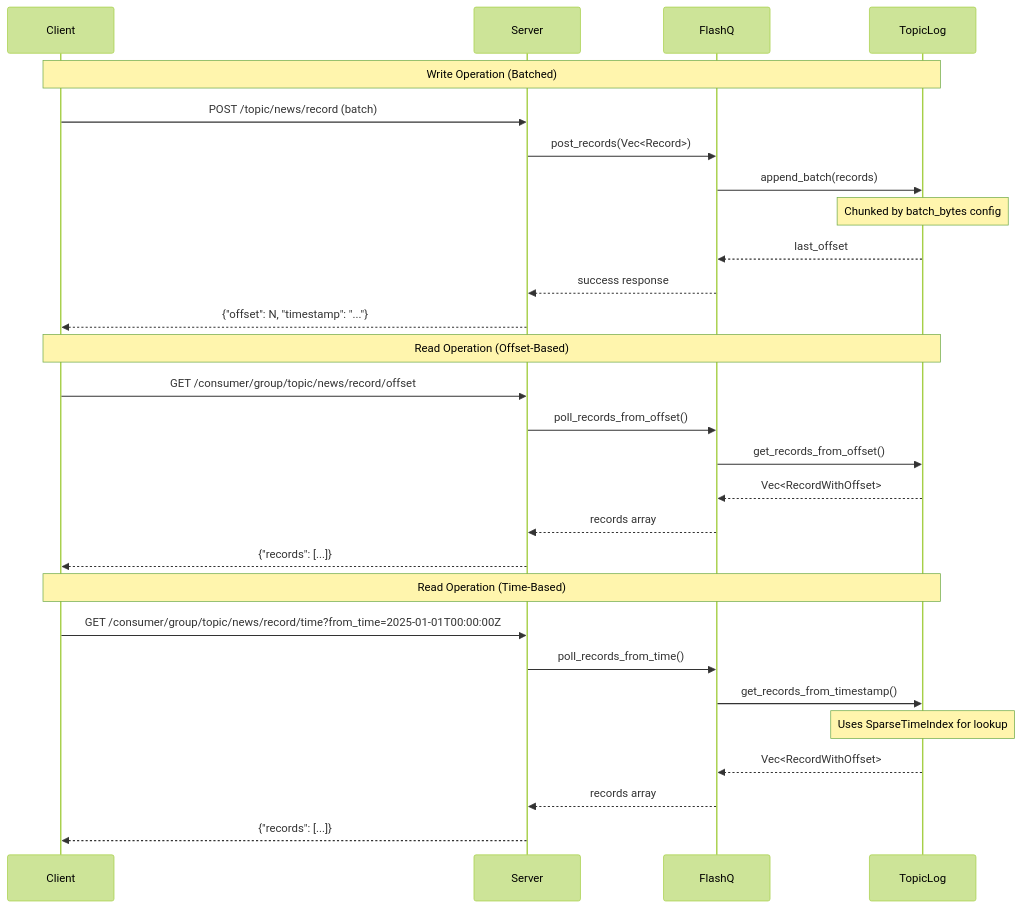
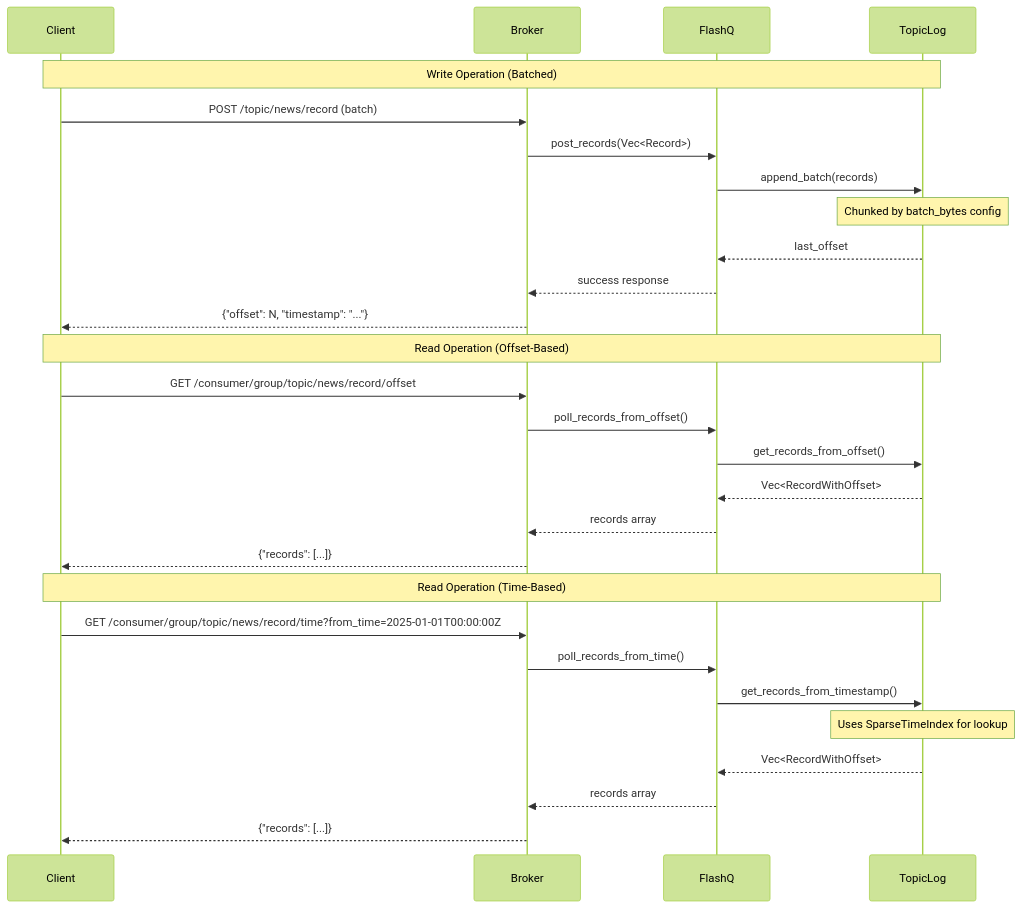
The second of 2 diagrams in docs/architecture.md (harshitmahapatra/flashq), drawn with Mermaid (forest theme) before and after one commit. The commit also changed other lines of this file and 105 other files, not shown here.

````diff
--- a/docs/architecture.md
+++ b/docs/architecture.md
@@ -71,33 +82,33 @@
 ```mermaid
 sequenceDiagram
     participant C as Client
-    participant S as Server  
+    participant B as Broker  
     participant Q as FlashQ
     participant T as TopicLog
     
     Note over C,T: Write Operation (Batched)
-    C->>S: POST /topic/news/record (batch)
-    S->>Q: post_records(Vec<Record>)
+    C->>B: POST /topic/news/record (batch)
+    B->>Q: post_records(Vec<Record>)
     Q->>T: append_batch(records)
     Note over T: Chunked by batch_bytes config
     T-->>Q: last_offset
-    Q-->>S: success response
-    S-->>C: {"offset": N, "timestamp": "..."}
+    Q-->>B: success response
+    B-->>C: {"offset": N, "timestamp": "..."}
     
     Note over C,T: Read Operation (Offset-Based)
-    C->>S: GET /consumer/group/topic/news/record/offset
-    S->>Q: poll_records_from_offset()  
+    C->>B: GET /consumer/group/topic/news/record/offset
+    B->>Q: poll_records_from_offset()  
     Q->>T: get_records_from_offset()
     T-->>Q: Vec<RecordWithOffset>
-    Q-->>S: records array
-    S-->>C: {"records": [...]}
+    Q-->>B: records array
+    B-->>C: {"records": [...]}
     
     Note over C,T: Read Operation (Time-Based)
-    C->>S: GET /consumer/group/topic/news/record/time?from_time=2025-01-01T00:00:00Z
-    S->>Q: poll_records_from_time()
+    C->>B: GET /consumer/group/topic/news/record/time?from_time=2025-01-01T00:00:00Z
+    B->>Q: poll_records_from_time()
     Q->>T: get_records_from_timestamp()
     Note over T: Uses SparseTimeIndex for lookup
     T-->>Q: Vec<RecordWithOffset>
-    Q-->>S: records array
-    S-->>C: {"records": [...]}
+    Q-->>B: records array
+    B-->>C: {"records": [...]}
 ```
````
